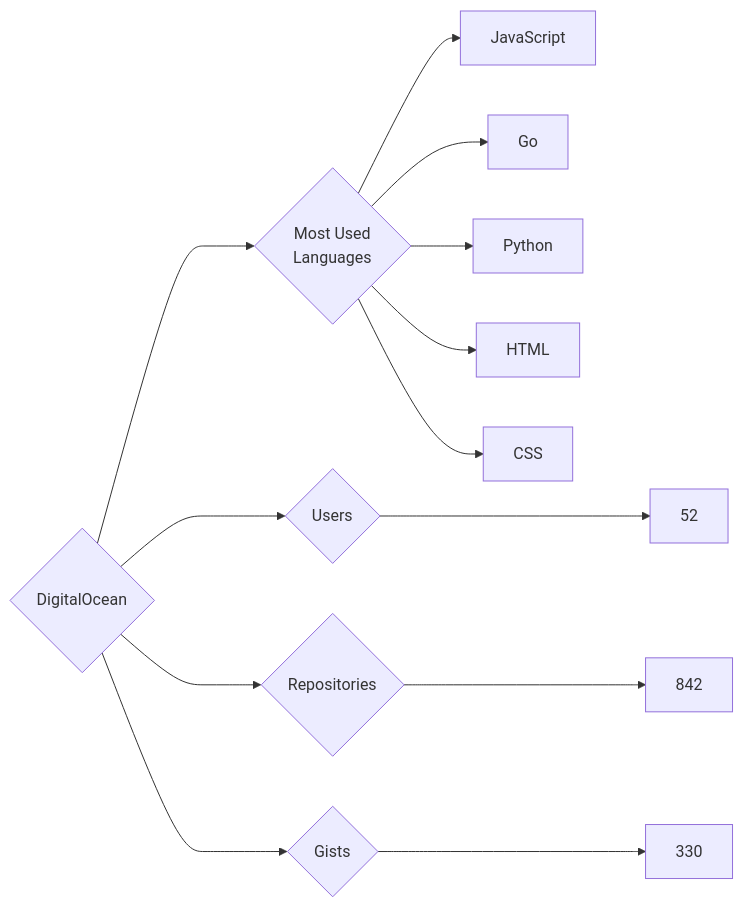
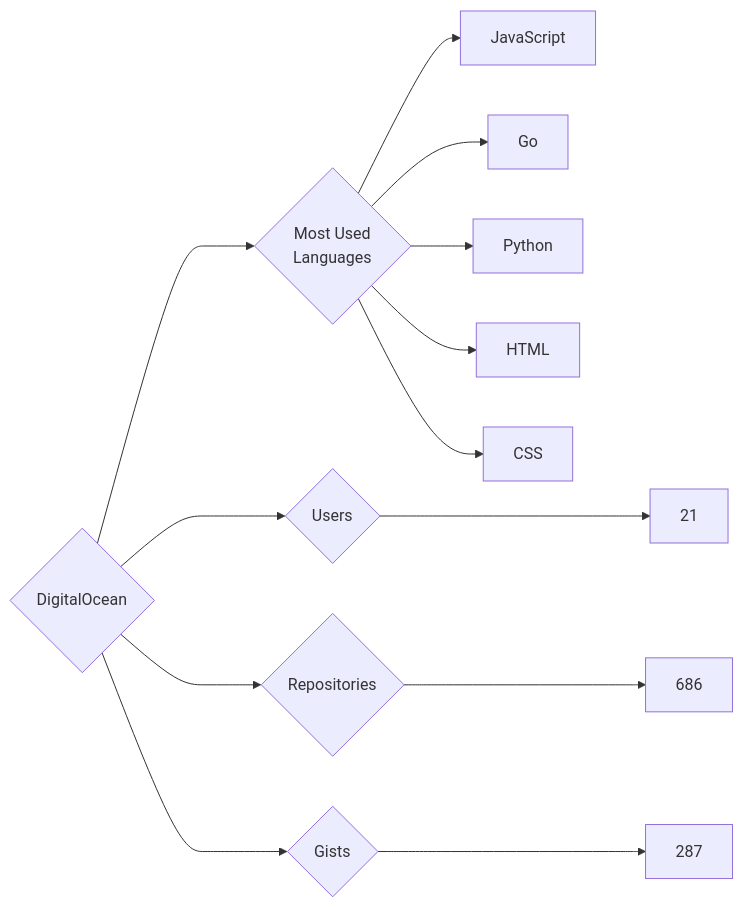
The diagram in targets/DigitalOcean/README.md (trickest/insiders), drawn with Mermaid before and after one commit. The commit also changed 676 other files, not shown here.

````diff
--- a/targets/DigitalOcean/README.md
+++ b/targets/DigitalOcean/README.md
@@ -3,13 +3,13 @@
 ```mermaid
 graph LR
 COMPANY_NAME{DigitalOcean}
-COMPANY_NAME ---> U{Users} ---> UN[52]
-COMPANY_NAME ---> R{Repositories} ---> RN[842]
-COMPANY_NAME ---> G{Gists} ---> GN[330]
+COMPANY_NAME ---> U{Users} ---> UN[21]
+COMPANY_NAME ---> R{Repositories} ---> RN[686]
+COMPANY_NAME ---> G{Gists} ---> GN[287]
 COMPANY_NAME ---> ML{Most Used<br>Languages}
 ML --> JavaScript[JavaScript]
 ML --> Go[Go]
 ML --> Python[Python]
 ML --> HTML[HTML]
 ML --> CSS[CSS]
 ```
````
